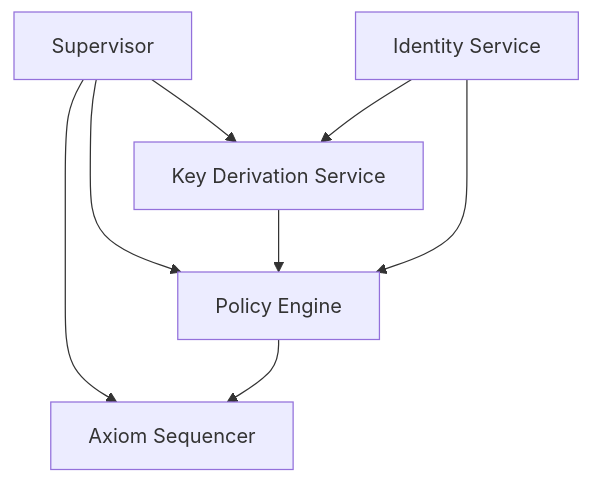
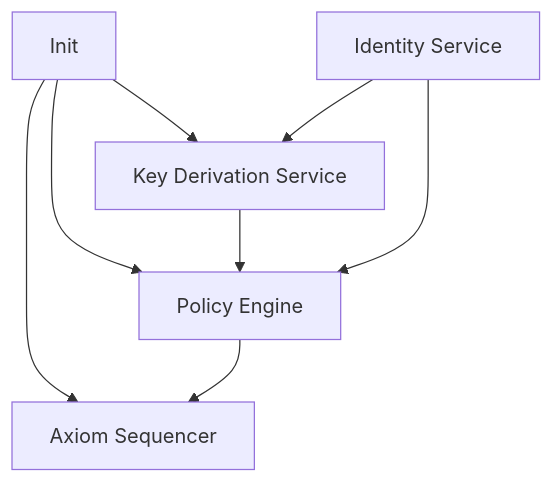
The third of 3 diagrams in docs/whitepaper/03-architecture-overview.md (cypher-asi/zero-os), drawn with Mermaid before and after one commit. The commit also changed other lines of this file and 2597 other files, not shown here.

````diff
--- a/docs/whitepaper/03-architecture-overview.md
+++ b/docs/whitepaper/03-architecture-overview.md
@@ -178,17 +297,17 @@
 ```mermaid
 flowchart TD
-    init[Supervisor]
+    init[Init]
     axiom[Axiom Sequencer]
     policy[Policy Engine]
     keys[Key Derivation Service]
     identity[Identity Service]
     
     init --> axiom
     init --> policy
     init --> keys
     
     policy --> axiom
     keys --> policy
     identity --> keys
     identity --> policy
 ```
````
